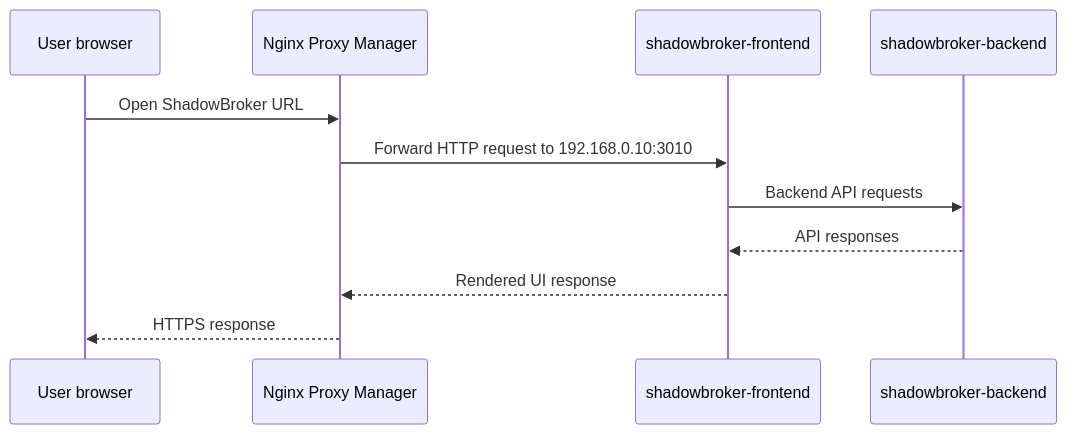
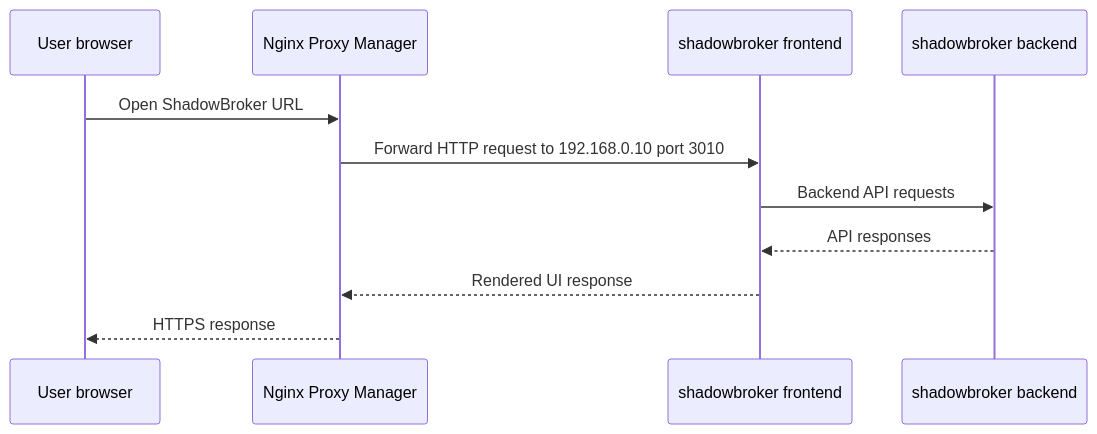
Before and after one commit to pirocorp/Ubuntu-Media-Server-Homelab-Setup-Guide: diagram 13 of 16 in ShadowBroker_Complete_Documentation_Runbook.md, drawn with Mermaid. The commit also changed other lines of this file, not shown here.

````diff
--- a/ShadowBroker_Complete_Documentation_Runbook.md
+++ b/ShadowBroker_Complete_Documentation_Runbook.md
@@ -703,14 +703,14 @@
 ```mermaid
 sequenceDiagram
     participant User as User browser
     participant NPM as Nginx Proxy Manager
-    participant FE as shadowbroker-frontend
-    participant BE as shadowbroker-backend
+    participant FE as shadowbroker frontend
+    participant BE as shadowbroker backend
 
     User->>NPM: Open ShadowBroker URL
-    NPM->>FE: Forward HTTP request to 192.168.0.10:3010
+    NPM->>FE: Forward HTTP request to 192.168.0.10 port 3010
     FE->>BE: Backend API requests
     BE-->>FE: API responses
     FE-->>NPM: Rendered UI response
     NPM-->>User: HTTPS response
 ```
````
